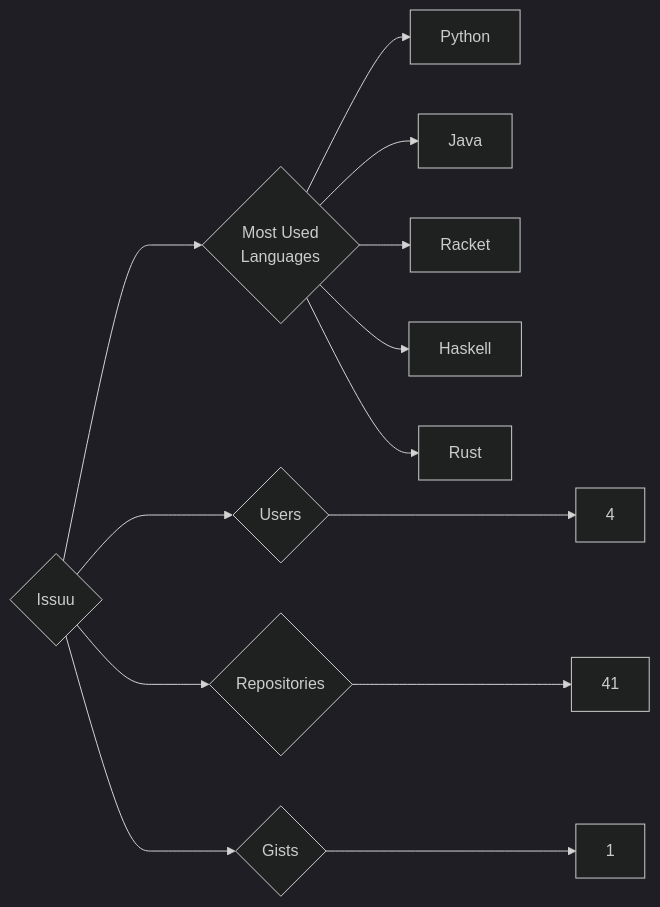
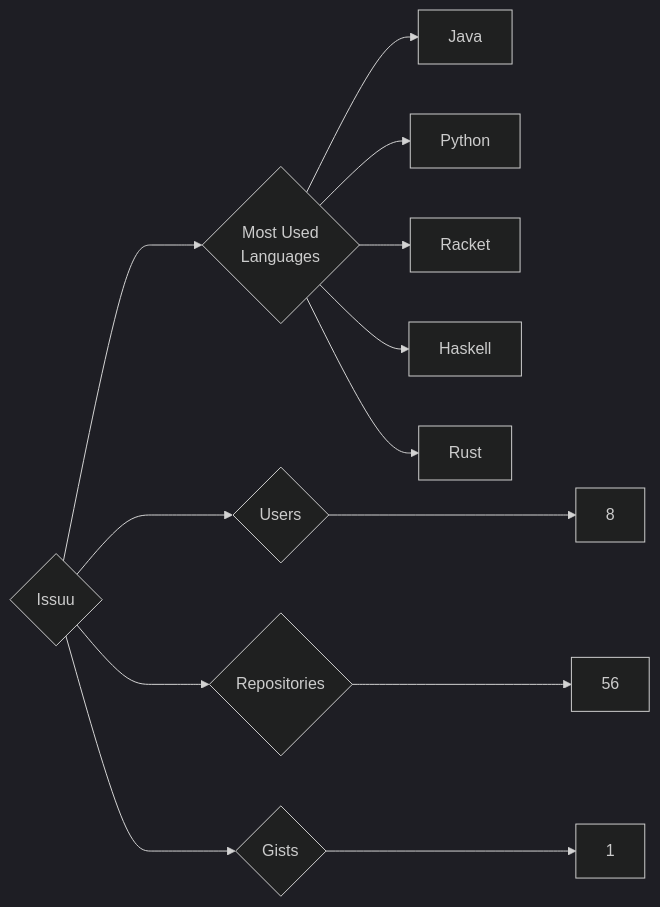
One commit to trickest/insiders changed the diagram in targets/Issuu/README.md. Above: the diagram before and after it, drawn with Mermaid (dark theme). The commit also changed 1020 other files, not shown here.

````diff
--- a/targets/Issuu/README.md
+++ b/targets/Issuu/README.md
@@ -3,13 +3,13 @@
 ```mermaid
 graph LR
 COMPANY_NAME{Issuu}
-COMPANY_NAME ---> U{Users} ---> UN[4]
-COMPANY_NAME ---> R{Repositories} ---> RN[41]
+COMPANY_NAME ---> U{Users} ---> UN[8]
+COMPANY_NAME ---> R{Repositories} ---> RN[56]
 COMPANY_NAME ---> G{Gists} ---> GN[1]
 COMPANY_NAME ---> ML{Most Used<br>Languages}
+ML --> Java[Java]
 ML --> Python[Python]
-ML --> Java[Java]
 ML --> Racket[Racket]
 ML --> Haskell[Haskell]
 ML --> Rust[Rust]
 ```
````
